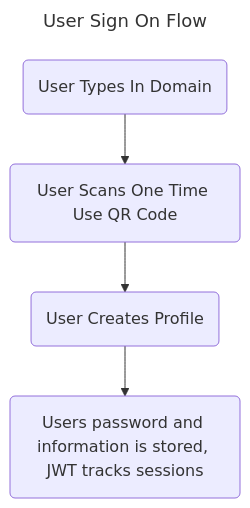
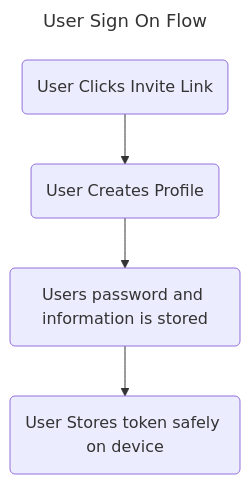
Before and after one commit to jberks02/bolo-bolo: the fourth of 14 diagrams in library-keeper/README.md, drawn with Mermaid. The commit also changed other lines of this file and 9 other files, not shown here.

````diff
--- a/library-keeper/README.md
+++ b/library-keeper/README.md
@@ -198,7 +198,7 @@
 ```mermaid
 ---
 title: User Sign On Flow
 ---
 flowchart TD
-    id1(User Types In Domain) --> id2(User Scans One Time Use QR Code) --> id3(User Creates Profile) --> id4(Users password and information is stored, JWT tracks sessions)
+    id1(User Clicks Invite Link) --> id3(User Creates Profile) --> id4(Users password and information is stored) --> id5(User Stores token safely on device)
 ```
````
